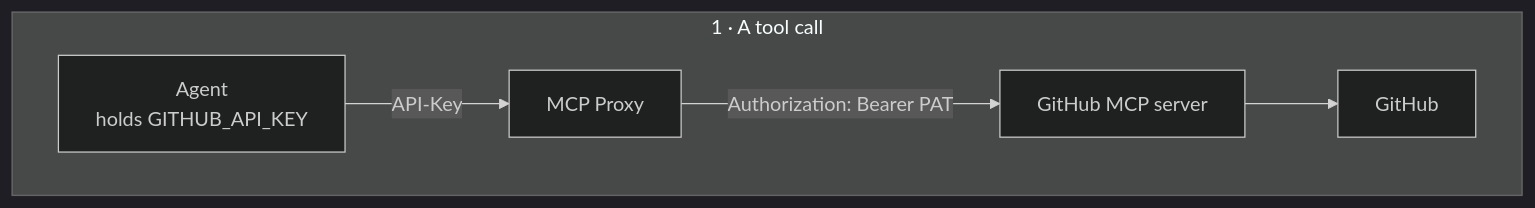
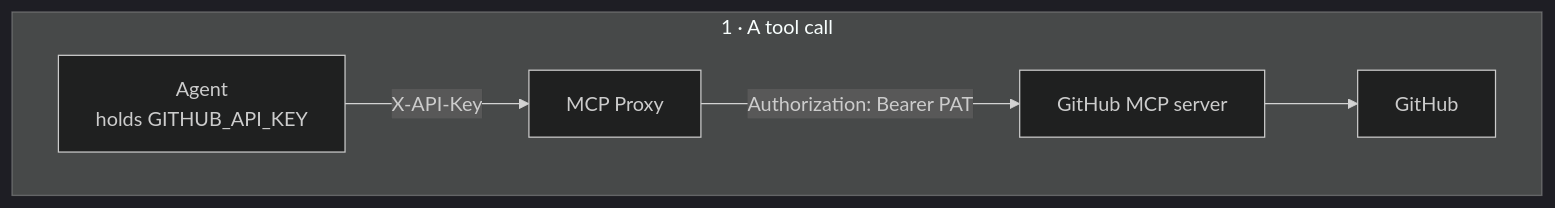
One commit to RavinduWeerakoon/agent-manager changed the diagram in documentation/docs/tutorials/give-the-agent-real-tools.mdx. Above: the diagram before and after it, drawn with Mermaid (dark theme). The commit also changed other lines of this file and 4 other files, not shown here.

Commit message:
Change the MCP header to X-API-Key

````diff
--- a/documentation/docs/tutorials/give-the-agent-real-tools.mdx
+++ b/documentation/docs/tutorials/give-the-agent-real-tools.mdx
@@ -89,9 +89,9 @@
 ```mermaid
 flowchart LR
 
   subgraph C["1 · A tool call"]
     direction LR
-    A2["Agent<br/>holds GITHUB_API_KEY"] -->|"API-Key"| G2["MCP Proxy"]
+    A2["Agent<br/>holds GITHUB_API_KEY"] -->|"X-API-Key"| G2["MCP Proxy"]
     G2 -->|"Authorization: Bearer PAT"| U2["GitHub MCP server"] --> H["GitHub"]
   end
 ```
````
